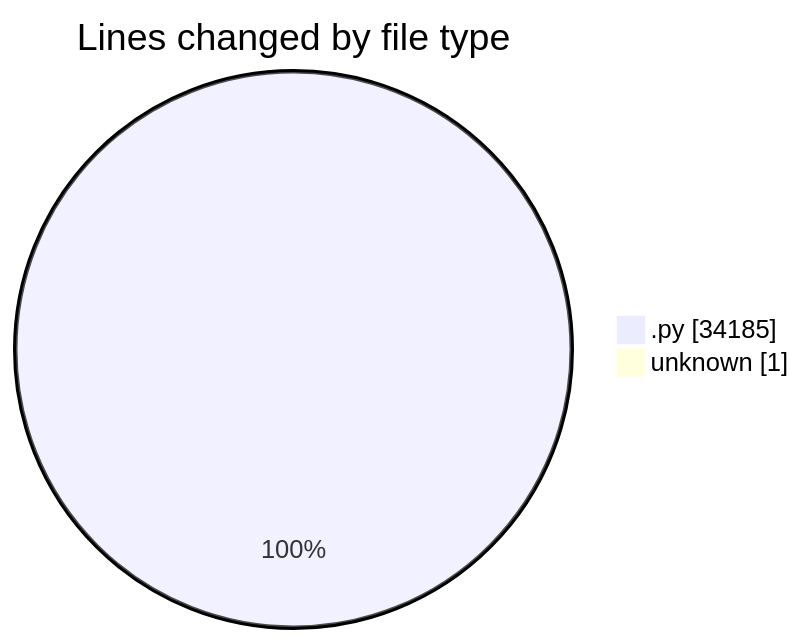
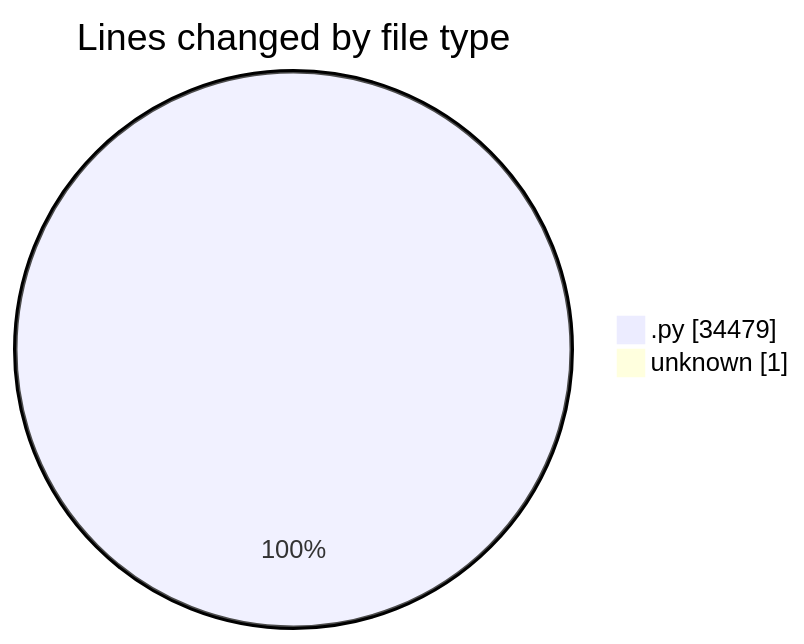
The first of 2 diagrams in 2025-11-22/eventscop-api-guide__workspace_/README.md (julien-gomy/code-tracking), drawn with Mermaid before and after one commit. The commit also changed other lines of this file and 1 other file, not shown here.

````diff
--- a/2025-11-22/eventscop-api-guide__workspace_/README.md
+++ b/2025-11-22/eventscop-api-guide__workspace_/README.md
@@ -33,6 +36,6 @@
 ```mermaid
 pie showData
 title Lines changed by file type
-".py" : 34185
+".py" : 34479
 "unknown" : 1
 ```
````
